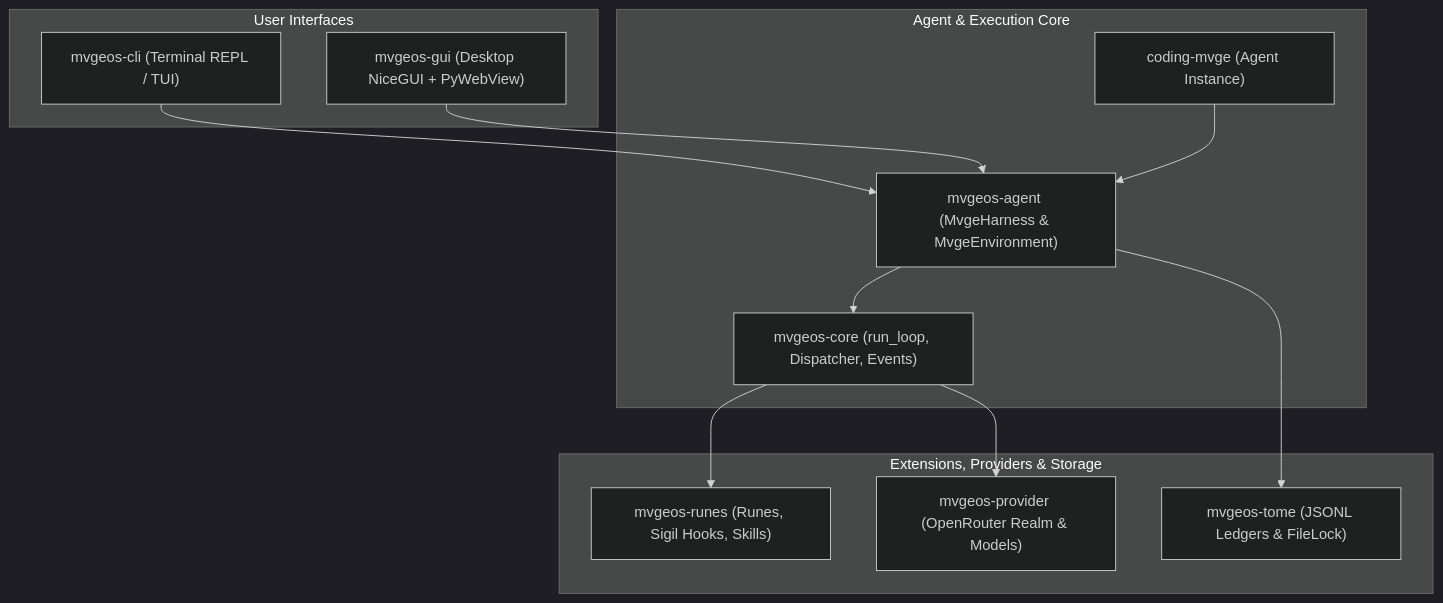
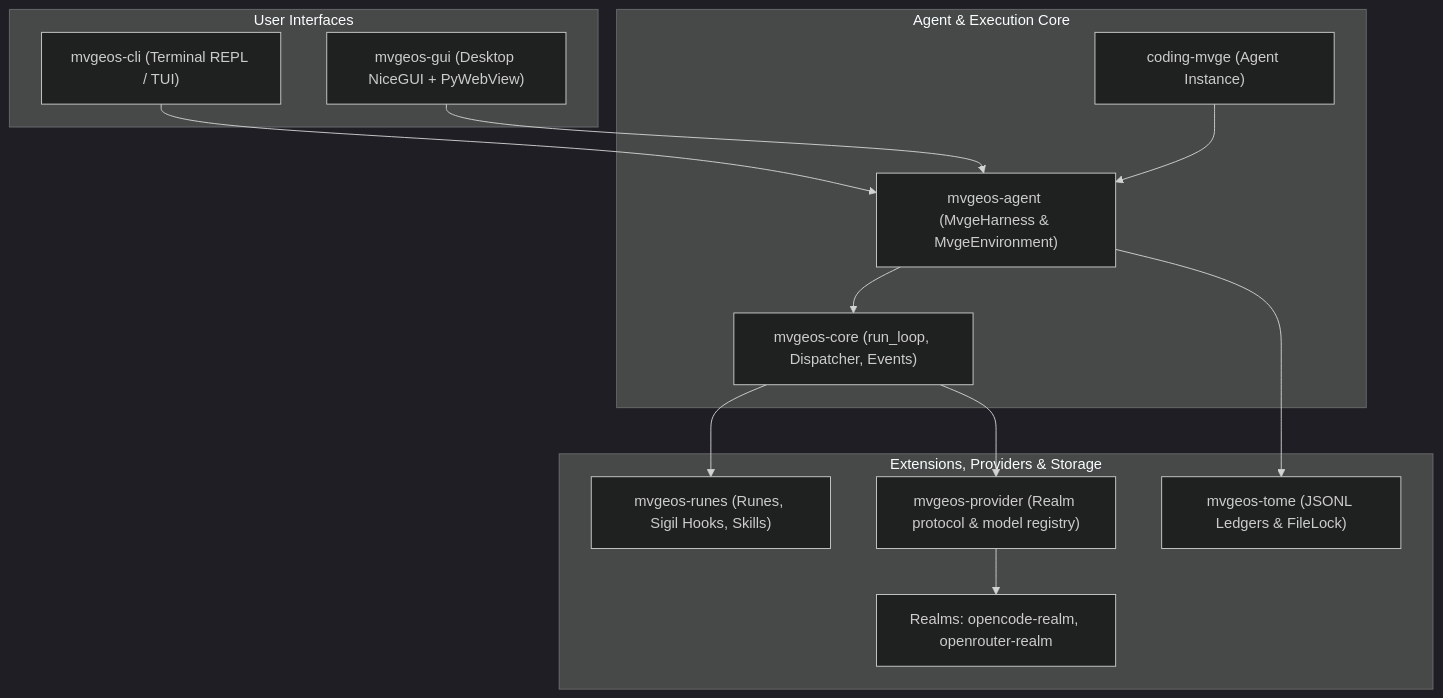
Before and after one commit to IAmNo1Special/mvgeos: the diagram in README.md, drawn with Mermaid (dark theme). The commit also changed other lines of this file, not shown here.

First line of the commit message:
docs(readme): the first run uses the Realm the product ships (#208)

````diff
--- a/README.md
+++ b/README.md
@@ -245,27 +302,29 @@
 ```mermaid
 flowchart TD
     subgraph UI["User Interfaces"]
         CLI["mvgeos-cli (Terminal REPL / TUI)"]
         GUI["mvgeos-gui (Desktop NiceGUI + PyWebView)"]
     end
 
     subgraph CoreEngine["Agent & Execution Core"]
         Mvge["coding-mvge (Agent Instance)"]
         Harness["mvgeos-agent (MvgeHarness & MvgeEnvironment)"]
         Loop["mvgeos-core (run_loop, Dispatcher, Events)"]
     end
 
     subgraph StorageEcosystem["Extensions, Providers & Storage"]
         Runes["mvgeos-runes (Runes, Sigil Hooks, Skills)"]
-        Provider["mvgeos-provider (OpenRouter Realm & Models)"]
+        Provider["mvgeos-provider (Realm protocol & model registry)"]
+        Realms["Realms: opencode-realm, openrouter-realm"]
         Tome["mvgeos-tome (JSONL Ledgers & FileLock)"]
     end
 
     CLI --> Harness
     GUI --> Harness
     Mvge --> Harness
     Harness --> Loop
     Loop --> Provider
+    Provider --> Realms
     Loop --> Runes
     Harness --> Tome
 ```
````
